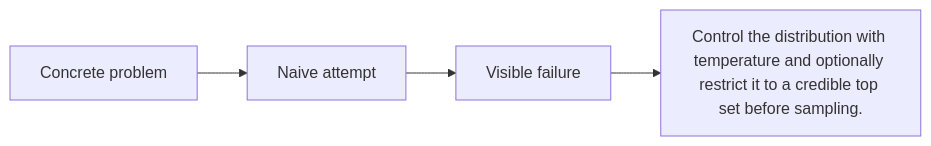
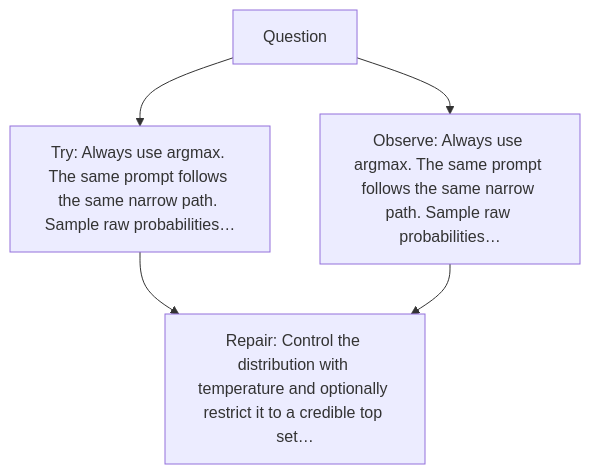
Before and after one commit to kleem-labs/AI-Archaeology: the diagram in excavations/043-sampling/diagram.md, drawn with Mermaid. The commit also changed other lines of this file and 288 other files, not shown here.

````diff
--- a/excavations/043-sampling/diagram.md
+++ b/excavations/043-sampling/diagram.md
@@ -3,4 +5,7 @@
-~~~mermaid
-flowchart LR
- A[Concrete problem] --> B[Naive attempt] --> C[Visible failure] --> D["Control the distribution with temperature and optionally restrict it to a credible top set before sampling."]
-~~~
+```mermaid
+flowchart TD
+    A["Question"] --> B["Try: Always use argmax. The same prompt follows the same narrow path. Sample raw probabilities…"]
+    A --> C["Observe: Always use argmax. The same prompt follows the same narrow path. Sample raw probabilities…"]
+    B --> D["Repair: Control the distribution with temperature and optionally restrict it to a credible top set…"]
+    C --> D
+```
````
